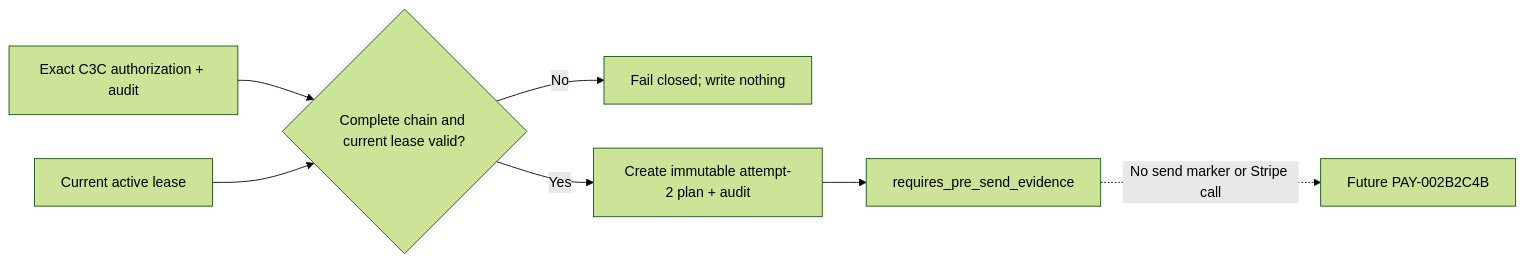
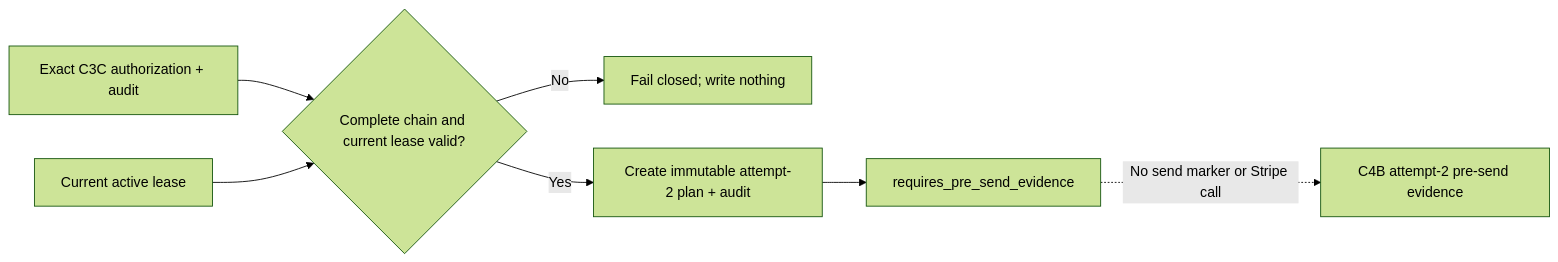
The third of 7 diagrams in STRIPE_COMMERCE_DESIGN.md (Run-MPRC/Run-MPRC.github.io), drawn with Mermaid (forest theme) before and after one commit. The commit also changed other lines of this file and 10 other files, not shown here.

Commit message:
Add attempt-2 Stripe pre-send evidence (#240)

````diff
--- a/STRIPE_COMMERCE_DESIGN.md
+++ b/STRIPE_COMMERCE_DESIGN.md
@@ -410,9 +410,9 @@
 ```mermaid
 flowchart LR
     A["Exact C3C authorization + audit"] --> G{"Complete chain and current lease valid?"}
     L["Current active lease"] --> G
     G -- "No" --> Stop["Fail closed; write nothing"]
     G -- "Yes" --> P["Create immutable attempt-2 plan + audit"]
     P --> R["requires_pre_send_evidence"]
-    R -. "No send marker or Stripe call" .-> C4B["Future PAY-002B2C4B"]
+    R -. "No send marker or Stripe call" .-> C4B["C4B attempt-2 pre-send evidence"]
 ```
````
